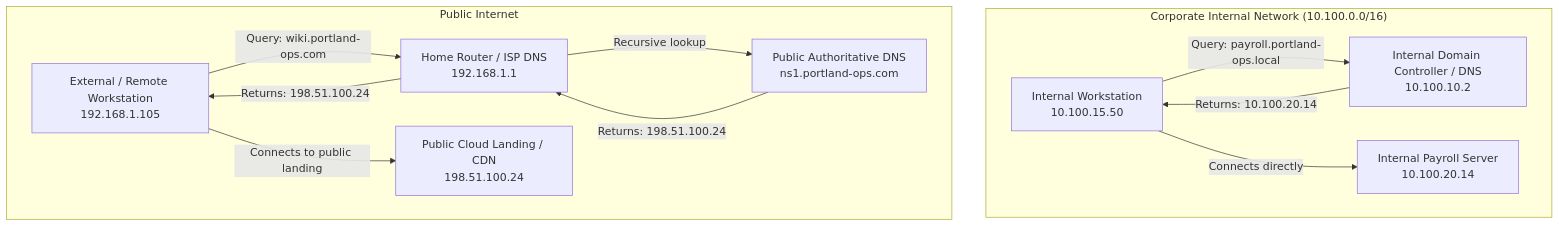
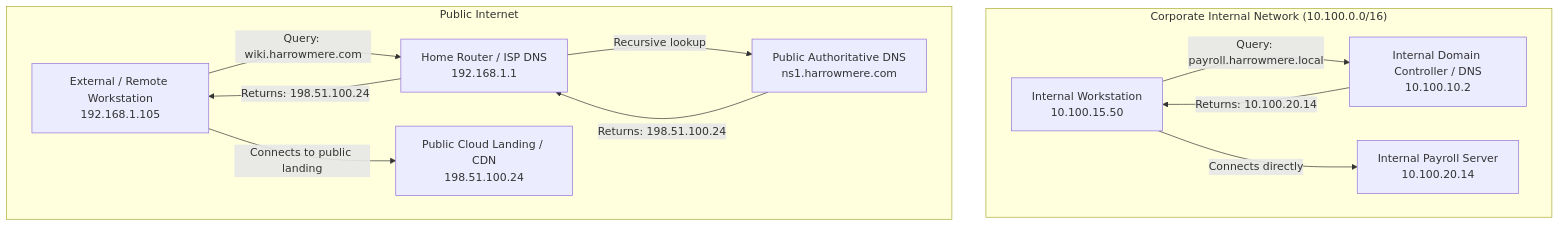
The third of 4 diagrams in portland-desk/workbench/04-the-name-is-not-the-number.md (cwarloe/learning-narrative-kit), drawn with Mermaid before and after one commit. The commit also changed other lines of this file and 94 other files, not shown here.

````diff
--- a/portland-desk/workbench/04-the-name-is-not-the-number.md
+++ b/portland-desk/workbench/04-the-name-is-not-the-number.md
@@ -139,25 +139,25 @@
 ```mermaid
 flowchart TD
     subgraph CorporateLAN["Corporate Internal Network (10.100.0.0/16)"]
         ClientInternal["Internal Workstation<br/>10.100.15.50"]
         DNSInternal["Internal Domain Controller / DNS<br/>10.100.10.2"]
         ServerInternal["Internal Payroll Server<br/>10.100.20.14"]
     end
 
     subgraph PublicInternet["Public Internet"]
         ClientExternal["External / Remote Workstation<br/>192.168.1.105"]
         HomeRouter["Home Router / ISP DNS<br/>192.168.1.1"]
-        DNSPublic["Public Authoritative DNS<br/>ns1.portland-ops.com"]
+        DNSPublic["Public Authoritative DNS<br/>ns1.harrowmere.com"]
         PublicProxy["Public Cloud Landing / CDN<br/>198.51.100.24"]
     end
 
-    ClientInternal -->|"Query: payroll.portland-ops.local"| DNSInternal
+    ClientInternal -->|"Query: payroll.harrowmere.local"| DNSInternal
     DNSInternal -->|"Returns: 10.100.20.14"| ClientInternal
     ClientInternal -->|"Connects directly"| ServerInternal
 
-    ClientExternal -->|"Query: wiki.portland-ops.com"| HomeRouter
+    ClientExternal -->|"Query: wiki.harrowmere.com"| HomeRouter
     HomeRouter -->|"Recursive lookup"| DNSPublic
     DNSPublic -->|"Returns: 198.51.100.24"| HomeRouter
     HomeRouter -->|"Returns: 198.51.100.24"| ClientExternal
     ClientExternal -->|"Connects to public landing"| PublicProxy
 ```
````
